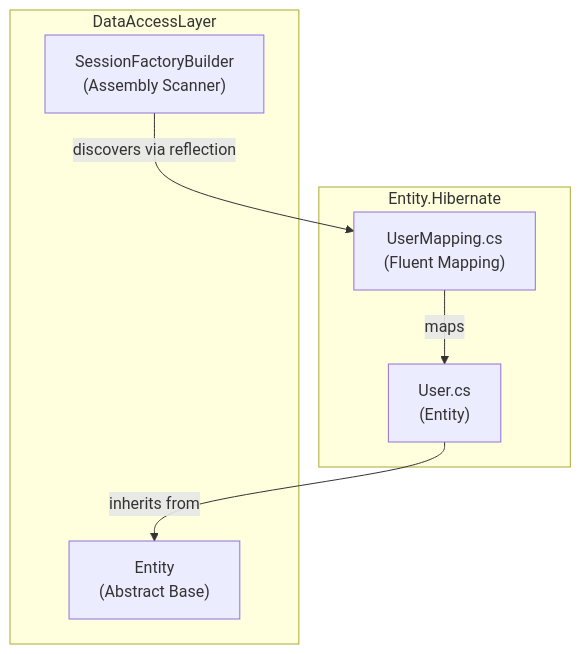
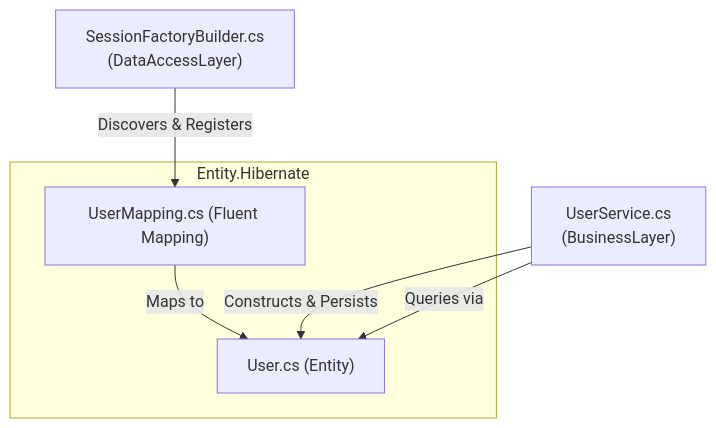
Before and after one commit to wetzlmaier-scch/mvvm: the diagram in doc/Entity.Hibernate.md, drawn with Mermaid. The commit also changed other lines of this file and 111 other files, not shown here.

````diff
--- a/doc/Entity.Hibernate.md
+++ b/doc/Entity.Hibernate.md
@@ -20,16 +18,15 @@
 ```mermaid
 flowchart TD
     subgraph "Entity.Hibernate"
-        User["User.cs<br/>(Entity)"]
-        UserMapping["UserMapping.cs<br/>(Fluent Mapping)"]
+        User["User.cs (Entity)"]
+        Mapping["UserMapping.cs (Fluent Mapping)"]
     end
 
-    subgraph "DataAccessLayer"
-        EntityBase["Entity<int><br/>(Abstract Base)"]
-        SessionFactoryBuilder["SessionFactoryBuilder<br/>(Assembly Scanner)"]
-    end
+    SessionFactory["SessionFactoryBuilder.cs<br/>(DataAccessLayer)"]
+    UserService["UserService.cs<br/>(BusinessLayer)"]
 
-    User -->|inherits from| EntityBase
-    UserMapping -->|maps| User
-    SessionFactoryBuilder -->|discovers via reflection| UserMapping
+    Mapping -->|Maps to| User
+    SessionFactory -->|Discovers & Registers| Mapping
+    UserService -->|Constructs & Persists| User
+    UserService -->|Queries via| User
 ```
````
